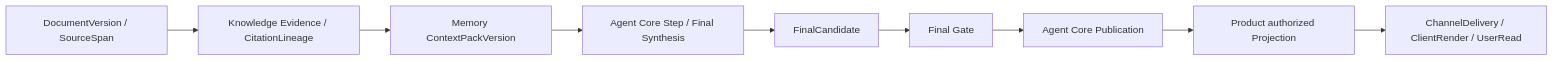
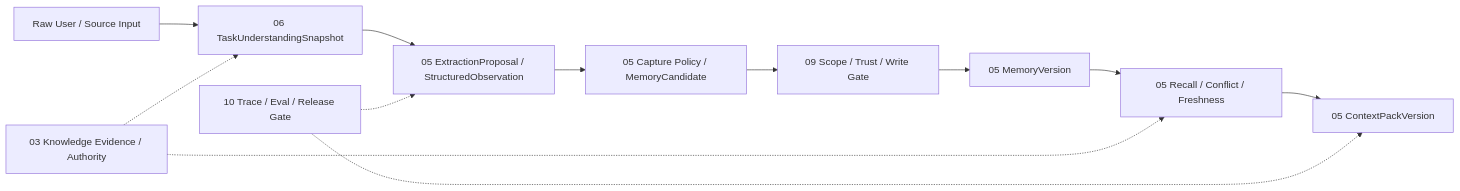
Before and after one commit to ProfessorZhi/Zuno: the third of 30 diagrams in docs/architecture/architecture-views.md, drawn with Mermaid. The commit also changed other lines of this file and 17 other files, not shown here.

Commit message:
docs: deepen memory extraction and lifecycle architecture

````diff
--- a/docs/architecture/architecture-views.md
+++ b/docs/architecture/architecture-views.md
@@ -62,11 +62,14 @@
 ```mermaid
 flowchart LR
-  SOURCE[DocumentVersion / SourceSpan] --> EVID[Knowledge Evidence / CitationLineage]
-  EVID --> CONTEXT[Memory ContextPackVersion]
-  CONTEXT --> CORE[Agent Core Step / Final Synthesis]
-  CORE --> CAND[FinalCandidate]
-  CAND --> GATE[Final Gate]
-  GATE --> PUB[Agent Core Publication]
-  PUB --> VIEW[Product authorized Projection]
-  VIEW --> DELIVERY[ChannelDelivery / ClientRender / UserRead]
+  INPUT[Raw User / Source Input] --> U[06 TaskUnderstandingSnapshot]
+  U --> X[05 ExtractionProposal / StructuredObservation]
+  X --> C[05 Capture Policy / MemoryCandidate]
+  C --> S[09 Scope / Trust / Write Gate]
+  S --> V[05 MemoryVersion]
+  V --> R[05 Recall / Conflict / Freshness]
+  R --> P[05 ContextPackVersion]
+  K[03 Knowledge Evidence / Authority] -.-> U
+  K -.-> R
+  O[10 Trace / Eval / Release Gate] -.-> X
+  O -.-> P
 ```
````
